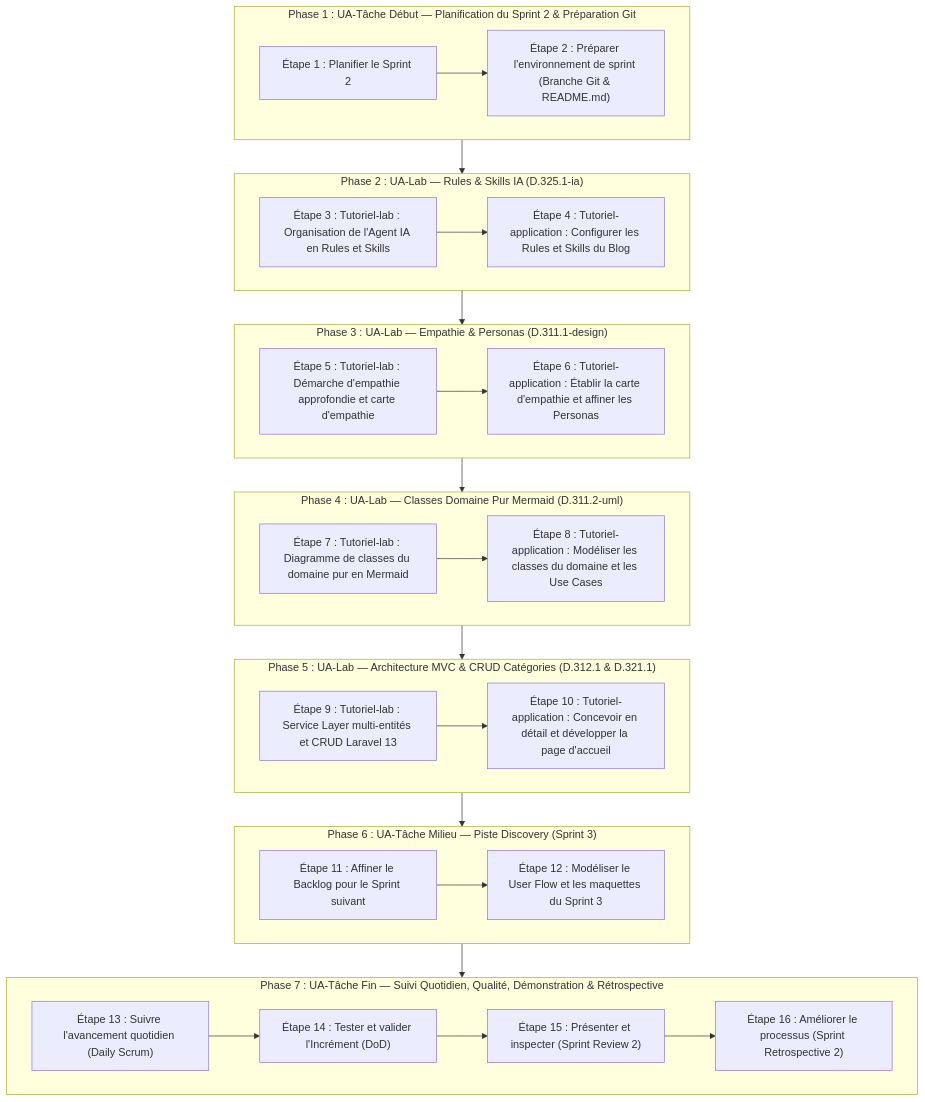
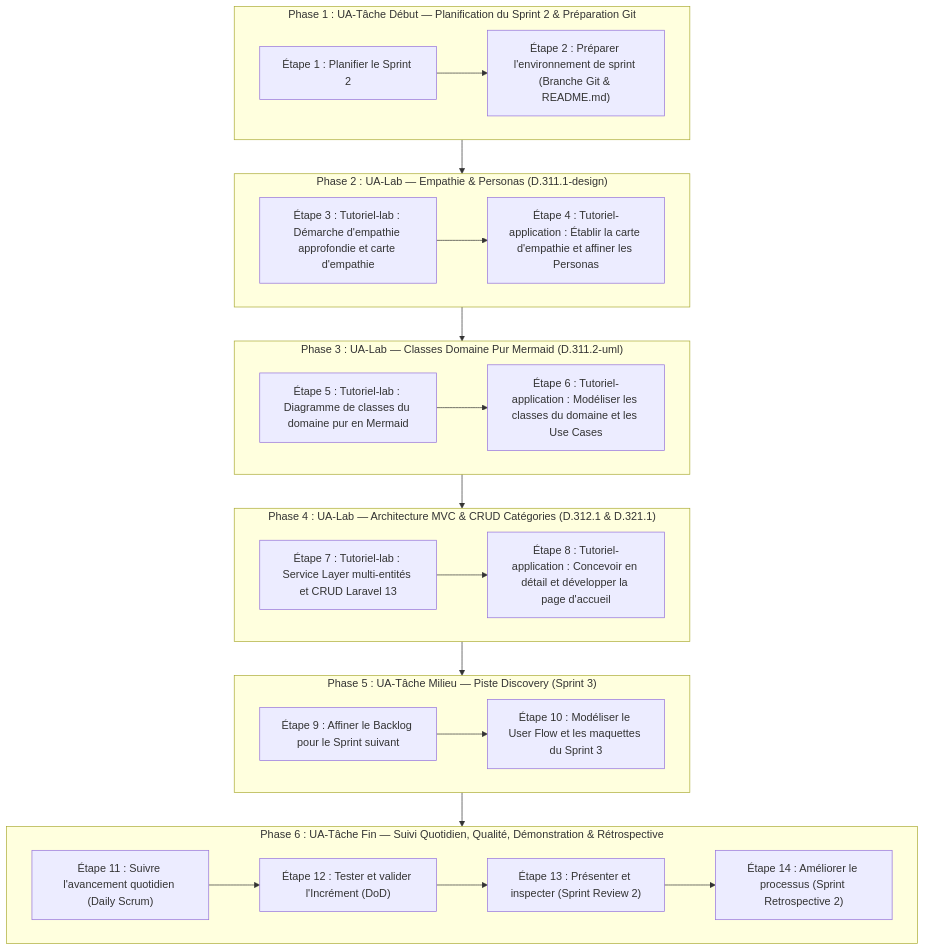
The diagram in flux-travail/sessions/flux-travail-s2.md (labs-web/projet-imiation-n3), drawn with Mermaid before and after one commit. The commit also changed other lines of this file and 5 other files, not shown here.

````diff
--- a/flux-travail/sessions/flux-travail-s2.md
+++ b/flux-travail/sessions/flux-travail-s2.md
@@ -59,48 +56,42 @@
 ```mermaid
 flowchart TD
     subgraph P1 ["Phase 1 : UA-Tâche Début — Planification du Sprint 2 & Préparation Git"]
         E1["Étape 1 : Planifier le Sprint 2"]
         E2["Étape 2 : Préparer l'environnement de sprint (Branche Git & README.md)"]
         E1 --> E2
     end
 
-    subgraph P2 ["Phase 2 : UA-Lab — Rules & Skills IA (D.325.1-ia)"]
-        E3["Étape 3 : Tutoriel-lab : Organisation de l'Agent IA en Rules et Skills"]
-        E4["Étape 4 : Tutoriel-application : Configurer les Rules et Skills du Blog"]
+    subgraph P2 ["Phase 2 : UA-Lab — Empathie & Personas (D.311.1-design)"]
+        E3["Étape 3 : Tutoriel-lab : Démarche d'empathie approfondie et carte d'empathie"]
+        E4["Étape 4 : Tutoriel-application : Établir la carte d'empathie et affiner les Personas"]
         E3 --> E4
     end
 
-    subgraph P3 ["Phase 3 : UA-Lab — Empathie & Personas (D.311.1-design)"]
-        E5["Étape 5 : Tutoriel-lab : Démarche d'empathie approfondie et carte d'empathie"]
-        E6["Étape 6 : Tutoriel-application : Établir la carte d'empathie et affiner les Personas"]
+    subgraph P3 ["Phase 3 : UA-Lab — Classes Domaine Pur Mermaid (D.311.2-uml)"]
+        E5["Étape 5 : Tutoriel-lab : Diagramme de classes du domaine pur en Mermaid"]
+        E6["Étape 6 : Tutoriel-application : Modéliser les classes du domaine et les Use Cases"]
         E5 --> E6
     end
 
-    subgraph P4 ["Phase 4 : UA-Lab — Classes Domaine Pur Mermaid (D.311.2-uml)"]
-        E7["Étape 7 : Tutoriel-lab : Diagramme de classes du domaine pur en Mermaid"]
-        E8["Étape 8 : Tutoriel-application : Modéliser les classes du domaine et les Use Cases"]
+    subgraph P4 ["Phase 4 : UA-Lab — Architecture MVC & CRUD Catégories (D.312.1 & D.321.1)"]
+        E7["Étape 7 : Tutoriel-lab : Service Layer multi-entités et CRUD Laravel 13"]
+        E8["Étape 8 : Tutoriel-application : Concevoir en détail et développer la page d'accueil"]
         E7 --> E8
     end
 
-    subgraph P5 ["Phase 5 : UA-Lab — Architecture MVC & CRUD Catégories (D.312.1 & D.321.1)"]
-        E9["Étape 9 : Tutoriel-lab : Service Layer multi-entités et CRUD Laravel 13"]
-        E10["Étape 10 : Tutoriel-application : Concevoir en détail et développer la page d'accueil"]
+    subgraph P5 ["Phase 5 : UA-Tâche Milieu — Piste Discovery (Sprint 3)"]
+        E9["Étape 9 : Affiner le Backlog pour le Sprint suivant"]
+        E10["Étape 10 : Modéliser le User Flow et les maquettes du Sprint 3"]
         E9 --> E10
     end
 
-    subgraph P6 ["Phase 6 : UA-Tâche Milieu — Piste Discovery (Sprint 3)"]
-        E11["Étape 11 : Affiner le Backlog pour le Sprint suivant"]
-        E12["Étape 12 : Modéliser le User Flow et les maquettes du Sprint 3"]
-        E11 --> E12
+    subgraph P6 ["Phase 6 : UA-Tâche Fin — Suivi Quotidien, Qualité, Démonstration & Rétrospective"]
+        E11["Étape 11 : Suivre l'avancement quotidien (Daily Scrum)"]
+        E12["Étape 12 : Tester et valider l'Incrément (DoD)"]
+        E13["Étape 13 : Présenter et inspecter (Sprint Review 2)"]
+        E14["Étape 14 : Améliorer le processus (Sprint Retrospective 2)"]
+        E11 --> E12 --> E13 --> E14
     end
 
-    subgraph P7 ["Phase 7 : UA-Tâche Fin — Suivi Quotidien, Qualité, Démonstration & Rétrospective"]
-        E13["Étape 13 : Suivre l'avancement quotidien (Daily Scrum)"]
-        E14["Étape 14 : Tester et valider l'Incrément (DoD)"]
-        E15["Étape 15 : Présenter et inspecter (Sprint Review 2)"]
-        E16["Étape 16 : Améliorer le processus (Sprint Retrospective 2)"]
-        E13 --> E14 --> E15 --> E16
-    end
-
-    P1 --> P2 --> P3 --> P4 --> P5 --> P6 --> P7
+    P1 --> P2 --> P3 --> P4 --> P5 --> P6
 ```
````
